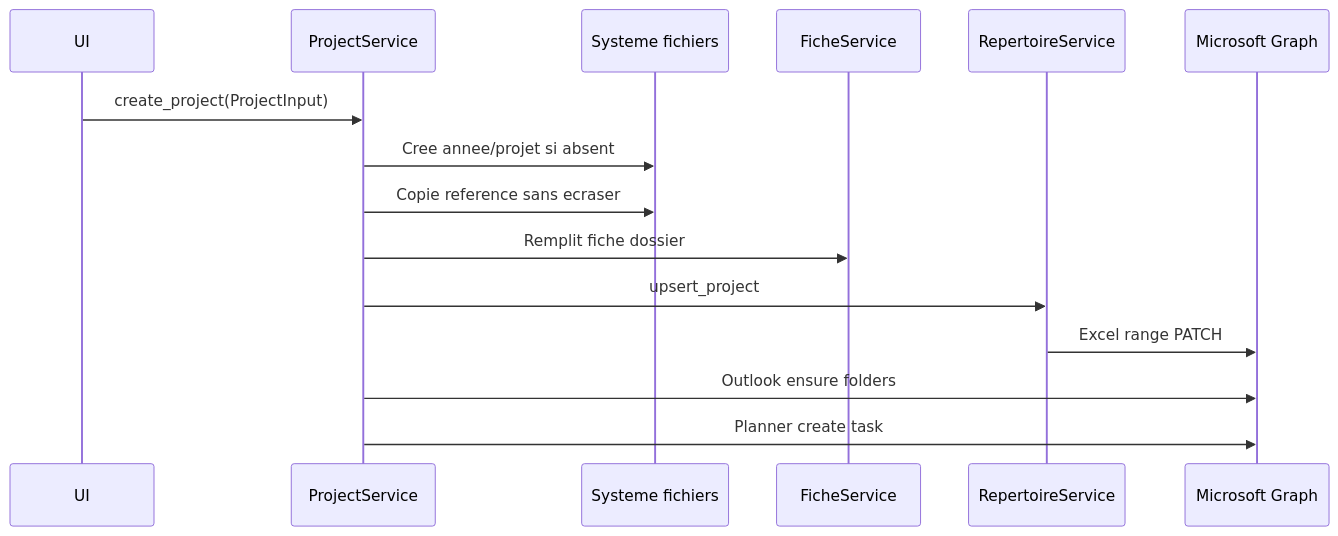
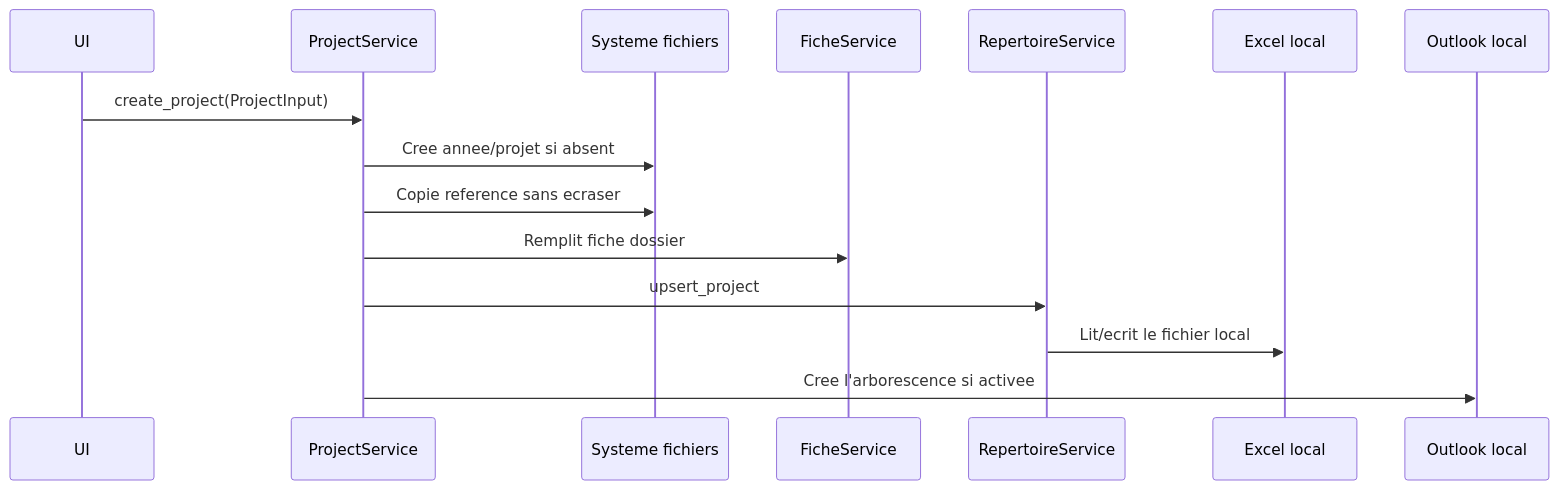
One commit to LionelMds/projectflow-automator changed the third of 4 diagrams in docs/architecture.md. Above: the diagram before and after it, drawn with Mermaid. The commit also changed other lines of this file and 51 other files, not shown here.

````diff
--- a/docs/architecture.md
+++ b/docs/architecture.md
@@ -40,18 +33,18 @@
 ```mermaid
 sequenceDiagram
   participant UI as UI
   participant Service as ProjectService
   participant FS as Systeme fichiers
   participant Fiche as FicheService
   participant Rep as RepertoireService
-  participant Graph as Microsoft Graph
+  participant Excel as Excel local
+  participant Outlook as Outlook local
 
   UI->>Service: create_project(ProjectInput)
   Service->>FS: Cree annee/projet si absent
   Service->>FS: Copie reference sans ecraser
   Service->>Fiche: Remplit fiche dossier
   Service->>Rep: upsert_project
-  Rep->>Graph: Excel range PATCH
-  Service->>Graph: Outlook ensure folders
-  Service->>Graph: Planner create task
+  Rep->>Excel: Lit/ecrit le fichier local
+  Service->>Outlook: Cree l'arborescence si activee
 ```
````
